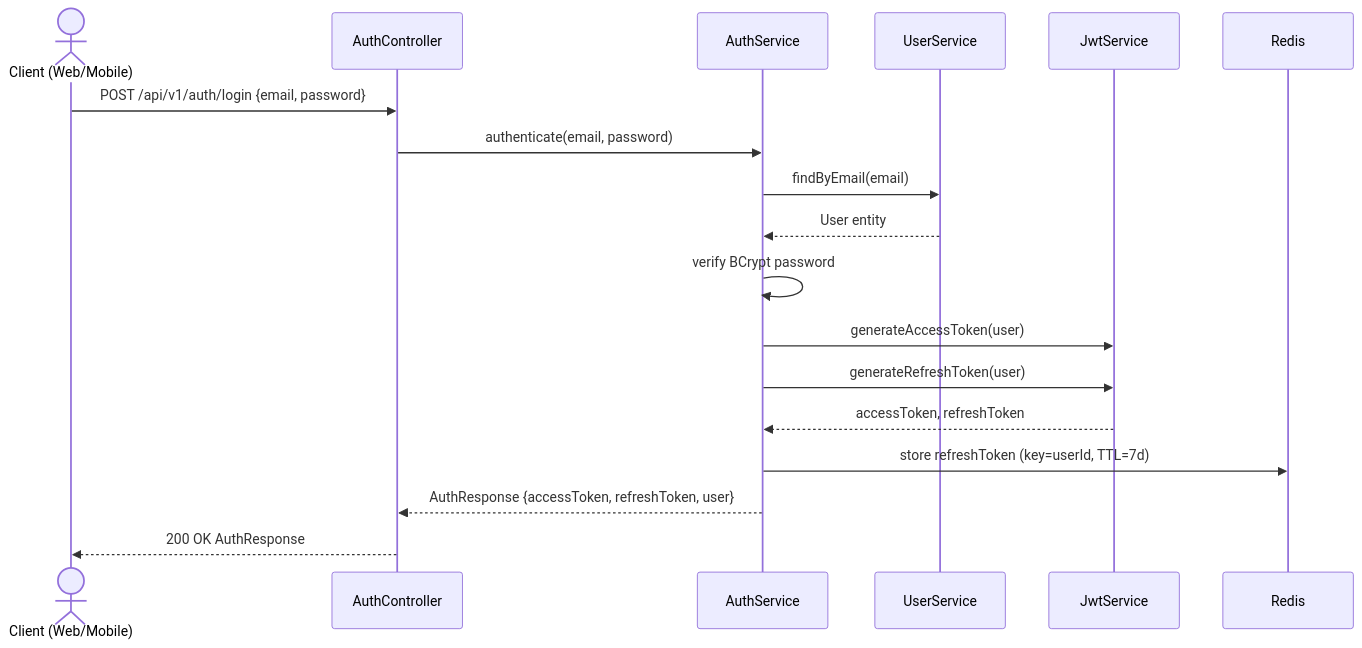
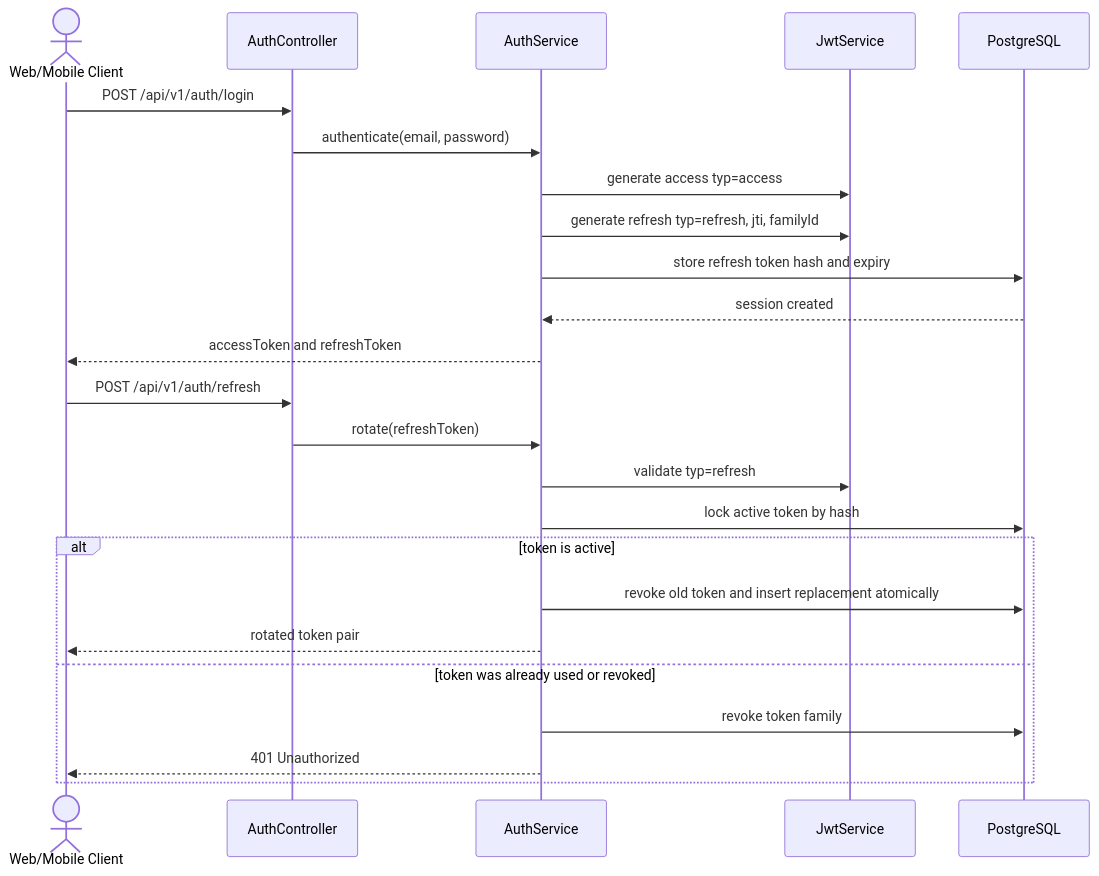
The first of 7 diagrams in docs/sequence-diagrams.md (CaptainDuc/Pet_Management_System), drawn with Mermaid before and after one commit. The commit also changed other lines of this file and 158 other files, not shown here.

````diff
--- a/docs/sequence-diagrams.md
+++ b/docs/sequence-diagrams.md
@@ -5,21 +7,28 @@
 ```mermaid
 sequenceDiagram
-    actor C as Client (Web/Mobile)
+    actor C as Web/Mobile Client
     participant A as AuthController
     participant AS as AuthService
-    participant US as UserService
     participant JWT as JwtService
-    participant R as Redis
+    participant DB as PostgreSQL
 
-    C->>A: POST /api/v1/auth/login {email, password}
+    C->>A: POST /api/v1/auth/login
     A->>AS: authenticate(email, password)
-    AS->>US: findByEmail(email)
-    US-->>AS: User entity
-    AS->>AS: verify BCrypt password
-    AS->>JWT: generateAccessToken(user)
-    AS->>JWT: generateRefreshToken(user)
-    JWT-->>AS: accessToken, refreshToken
-    AS->>R: store refreshToken (key=userId, TTL=7d)
-    AS-->>A: AuthResponse {accessToken, refreshToken, user}
-    A-->>C: 200 OK AuthResponse
+    AS->>JWT: generate access typ=access
+    AS->>JWT: generate refresh typ=refresh, jti, familyId
+    AS->>DB: store refresh token hash and expiry
+    DB-->>AS: session created
+    AS-->>C: accessToken and refreshToken
+
+    C->>A: POST /api/v1/auth/refresh
+    A->>AS: rotate(refreshToken)
+    AS->>JWT: validate typ=refresh
+    AS->>DB: lock active token by hash
+    alt token is active
+        AS->>DB: revoke old token and insert replacement atomically
+        AS-->>C: rotated token pair
+    else token was already used or revoked
+        AS->>DB: revoke token family
+        AS-->>C: 401 Unauthorized
+    end
 ```
````
